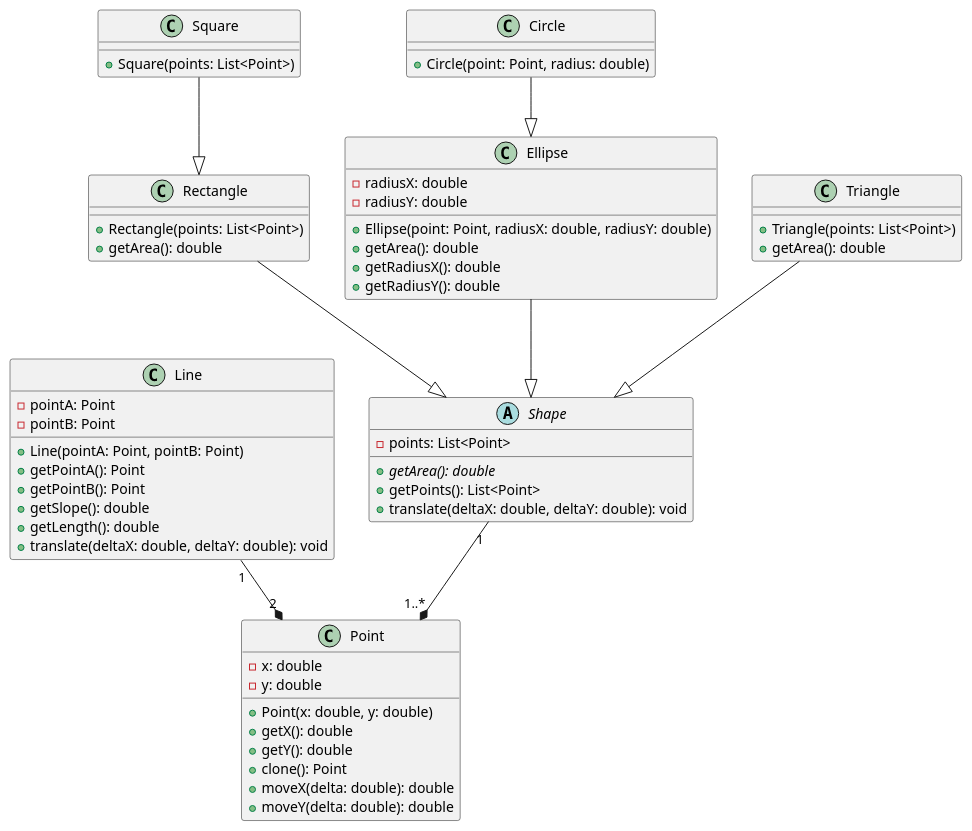
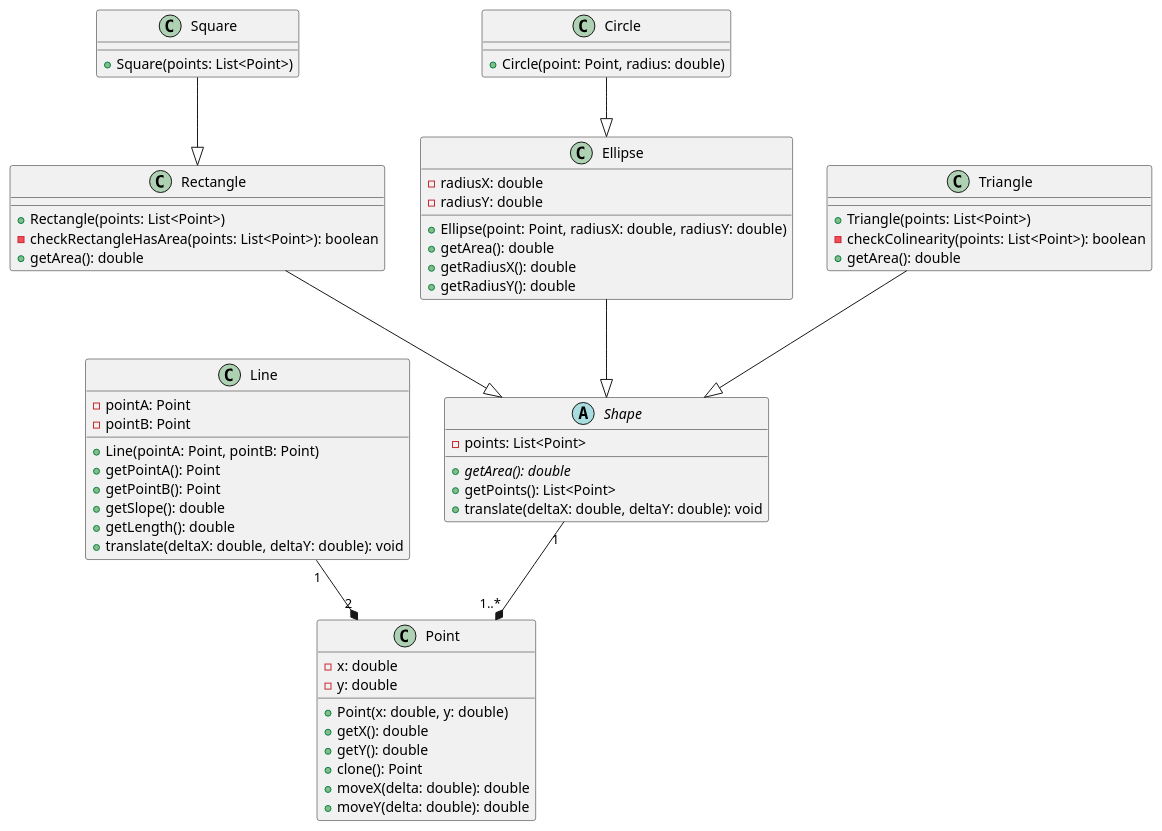
Before and after one commit to quality-liquid/cs5700-assn1-shapes: the diagram in diagrams/src/shapes-design.plantuml, drawn with PlantUML.

Commit message:
added private methods to design in order to verify constructor params

```diff
--- a/diagrams/src/shapes-design.plantuml
+++ b/diagrams/src/shapes-design.plantuml
@@ -1,68 +1,69 @@
 @startuml
-
 
 class Point{
     - x: double
     - y: double
     + Point(x: double, y: double)
     + getX(): double
     + getY(): double
     + clone(): Point
     + moveX(delta: double): double
     + moveY(delta: double): double
 }
 
 class Line {
     - pointA: Point
     - pointB: Point
     + Line(pointA: Point, pointB: Point)
     + getPointA(): Point
     + getPointB(): Point
     + getSlope(): double
     + getLength(): double
     + translate(deltaX: double, deltaY: double): void
 }
 
 abstract class Shape {
     - points: List<Point>
     + {abstract} getArea(): double
     + getPoints(): List<Point>
     + translate(deltaX: double, deltaY: double): void
 }
 
 class Rectangle {
     + Rectangle(points: List<Point>)
+    - checkRectangleHasArea(points: List<Point>): boolean
     + getArea(): double
 }
 
 class Square {
     + Square(points: List<Point>)
 }
 
 class Ellipse {
     - radiusX: double
     - radiusY: double
     + Ellipse(point: Point, radiusX: double, radiusY: double)
     + getArea(): double
     + getRadiusX(): double
     + getRadiusY(): double
 }
 
 class Circle {
     + Circle(point: Point, radius: double)
 }
 
 class Triangle {
     + Triangle(points: List<Point>)
+    - checkColinearity(points: List<Point>): boolean
     + getArea(): double
 }
 
 Shape "1" --* "1..*" Point
 Line "1" --* "2" Point
 Rectangle --|> Shape
 Square --|> Rectangle
 Ellipse --|> Shape
 Circle --|> Ellipse
 Triangle --|> Shape
 
 @enduml
```
